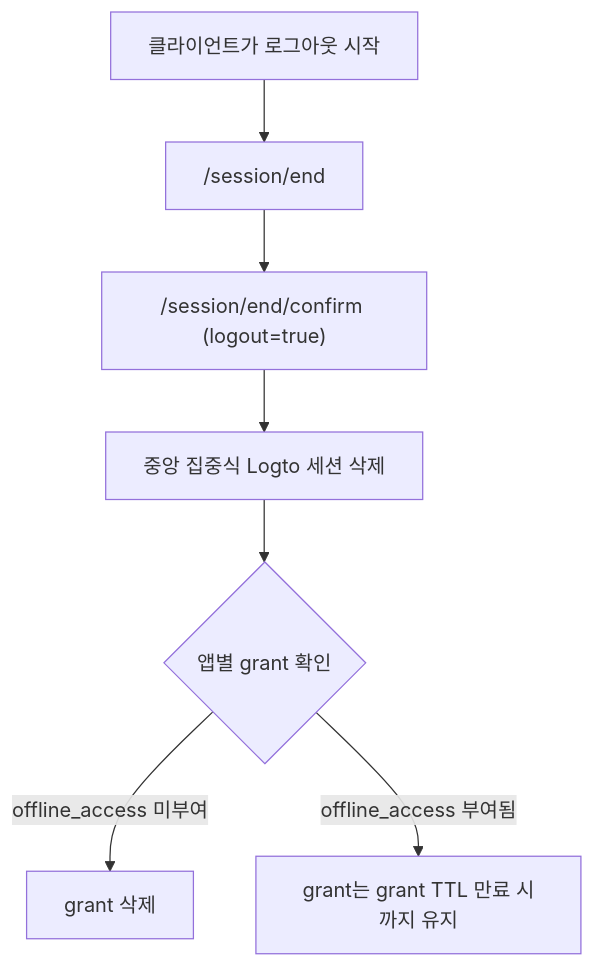
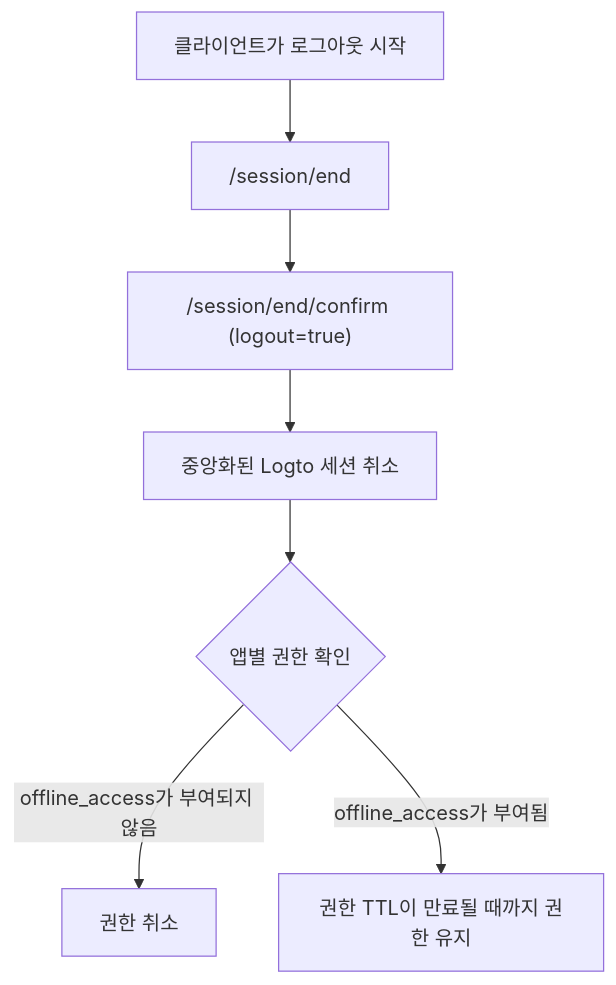
Before and after one commit to logto-io/docs: the diagram in i18n/ko/docusaurus-plugin-content-docs/current/end-user-flows/sign-out.mdx, drawn with Mermaid. The commit also changed other lines of this file and 102 other files, not shown here.

````diff
--- a/i18n/ko/docusaurus-plugin-content-docs/current/end-user-flows/sign-out.mdx
+++ b/i18n/ko/docusaurus-plugin-content-docs/current/end-user-flows/sign-out.mdx
@@ -179,9 +45,9 @@
 ```mermaid
 flowchart TD
   A["클라이언트가 로그아웃 시작"] --> B["/session/end"]
   B --> C["/session/end/confirm (logout=true)"]
-  C --> D["중앙 집중식 Logto 세션 삭제"]
-  D --> E{"앱별 grant 확인"}
-  E -->|"offline_access 미부여"| F["grant 삭제"]
-  E -->|"offline_access 부여됨"| G["grant는 grant TTL 만료 시까지 유지"]
+  C --> D["중앙화된 Logto 세션 취소"]
+  D --> E{"앱별 권한 확인"}
+  E -->|"offline_access가 부여되지 않음"| F["권한 취소"]
+  E -->|"offline_access가 부여됨"| G["권한 TTL이 만료될 때까지 권한 유지"]
 ```
````
